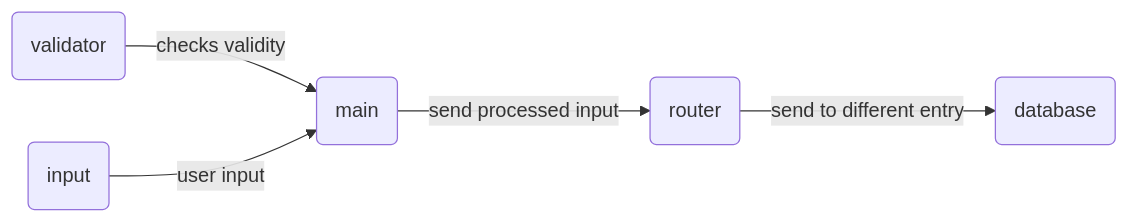
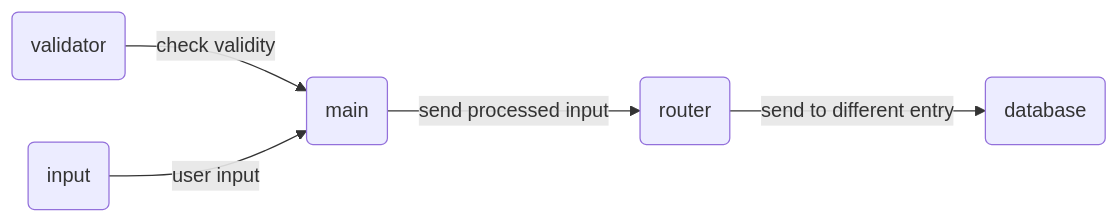
Before and after one commit to wlog106/DS-OOP_HW1: the diagram in README.md, drawn with Mermaid. The commit also changed other lines of this file, not shown here.

````diff
--- a/README.md
+++ b/README.md
@@ -50,7 +50,7 @@
 ```mermaid
 graph LR
 A(main) --send processed input--> B(router)
 B --send to different entry--> C(database)
-D(validator) --checks validity--> A
+D(validator) --check validity--> A
 E(input) --user input--> A
 ```
````
